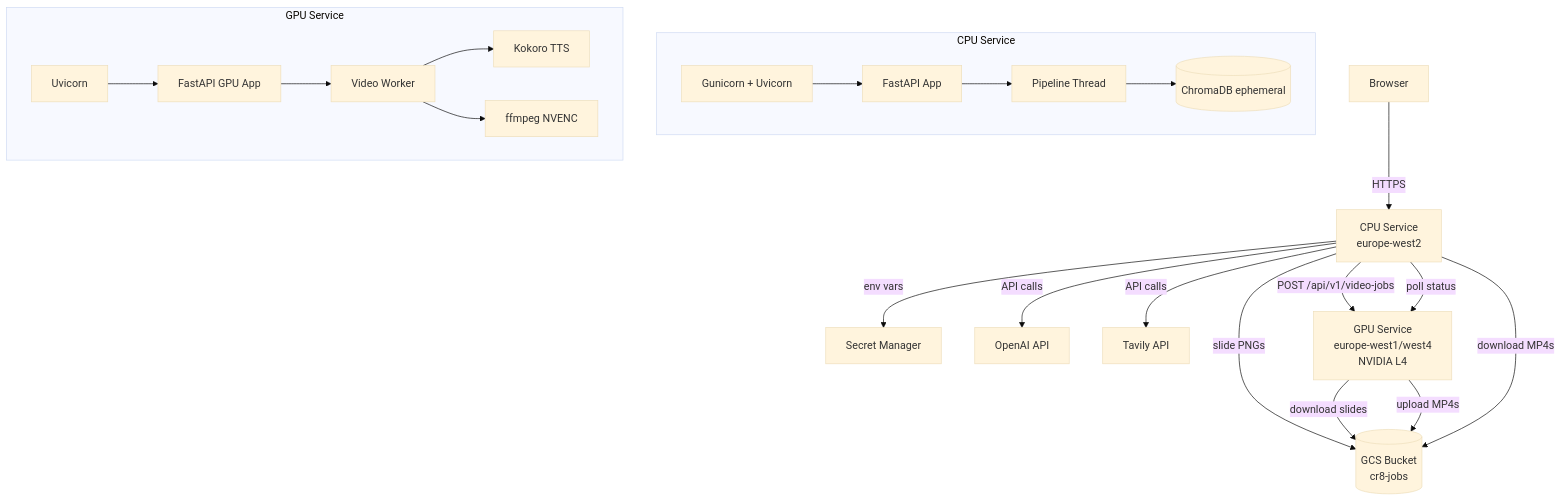
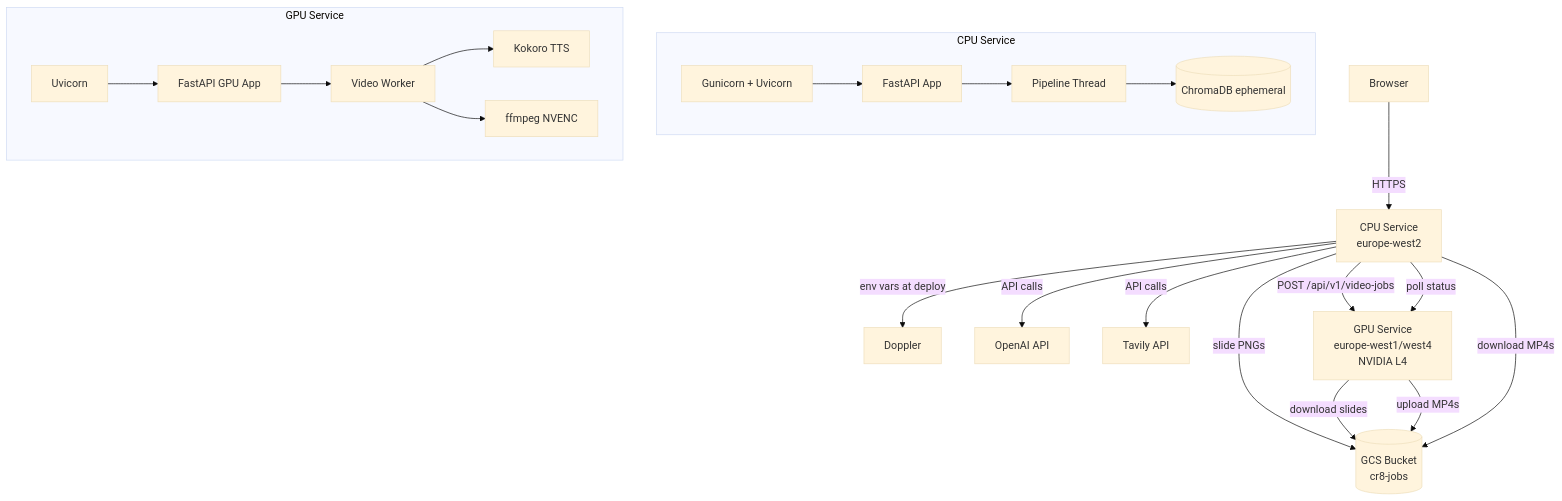
Before and after one commit to jaggernaut007/CR8: the diagram in mk-docs/deployment/index.md, drawn with Mermaid (base theme). The commit also changed other lines of this file and 9 other files, not shown here.

First line of the commit message:
chore: move secrets from GCP Secret Manager to Doppler

````diff
--- a/mk-docs/deployment/index.md
+++ b/mk-docs/deployment/index.md
@@ -10,24 +10,24 @@
 ``` mermaid
 graph TB
     User[Browser] -->|HTTPS| CPU[CPU Service<br/>europe-west2]
-    CPU -->|env vars| SM[Secret Manager]
+    CPU -->|env vars at deploy| DP[Doppler]
     CPU -->|API calls| OAI[OpenAI API]
     CPU -->|API calls| TAV[Tavily API]
     CPU -->|slide PNGs| GCS[(GCS Bucket<br/>cr8-jobs)]
     GPU[GPU Service<br/>europe-west1/west4<br/>NVIDIA L4] -->|download slides| GCS
     GPU -->|upload MP4s| GCS
     CPU -->|POST /api/v1/video-jobs| GPU
     CPU -->|poll status| GPU
     CPU -->|download MP4s| GCS
     subgraph CPU Service
         GU[Gunicorn + Uvicorn] --> FA[FastAPI App]
         FA --> PL[Pipeline Thread]
         PL --> CDB[(ChromaDB ephemeral)]
     end
     subgraph GPU Service
         UV[Uvicorn] --> GA[FastAPI GPU App]
         GA --> WK[Video Worker]
         WK --> TTS[Kokoro TTS]
         WK --> FF[ffmpeg NVENC]
     end
 ```
````
